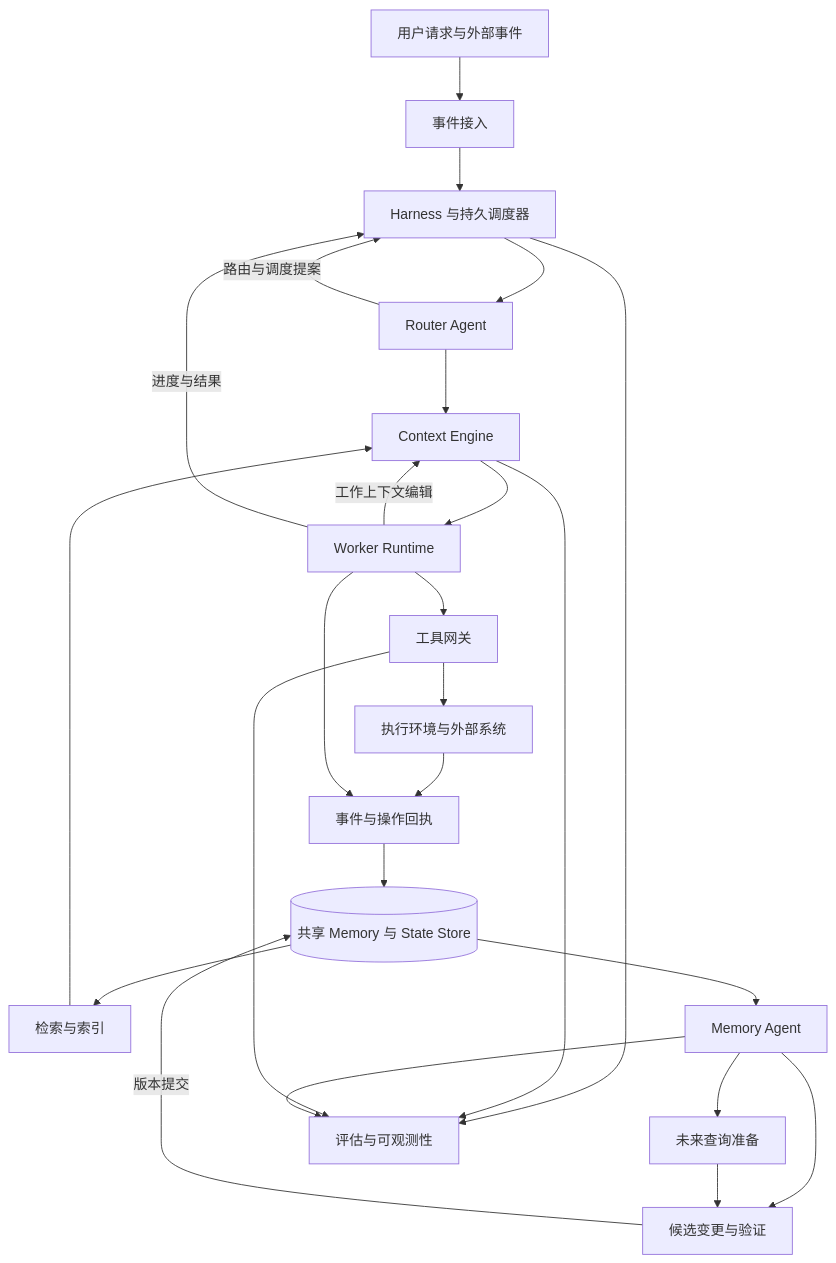
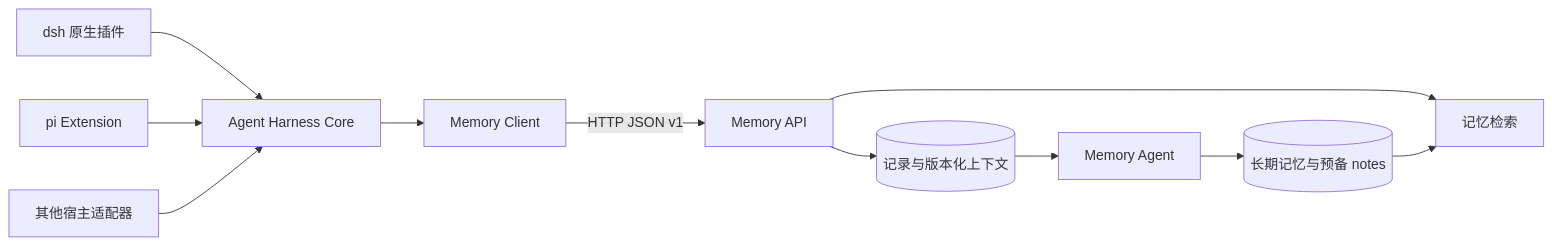
Before and after one commit to langsfang/ga: the diagram in docs/architecture.md, drawn with Mermaid. The commit also changed other lines of this file and 4 other files, not shown here.

````diff
--- a/docs/architecture.md
+++ b/docs/architecture.md
@@ -66,27 +19,13 @@
 ```mermaid
-flowchart TB
-    In[用户请求与外部事件] --> Intake[事件接入]
-    Intake --> H[Harness 与持久调度器]
-    H --> R[Router Agent]
-    R --> C[Context Engine]
-    C --> W[Worker Runtime]
-    W --> G[工具网关]
-    G --> X[执行环境与外部系统]
-    X --> E[事件与操作回执]
-    W --> E
-    E --> S[(共享 Memory 与 State Store)]
-    S --> Q[检索与索引]
-    Q --> C
-    W -->|工作上下文编辑| C
-    R -->|路由与调度提案| H
-    W -->|进度与结果| H
-    S --> D[Memory Agent]
-    D --> P[候选变更与验证]
-    P -->|版本提交| S
-    D --> N[未来查询准备]
-    N --> P
-    H --> O[评估与可观测性]
-    C --> O
-    G --> O
-    D --> O
+flowchart LR
+    D[dsh 原生插件] --> H[Agent Harness Core]
+    P[pi Extension] --> H
+    O[其他宿主适配器] --> H
+    H --> C[Memory Client]
+    C -->|HTTP JSON v1| A[Memory API]
+    A --> S[(记录与版本化上下文)]
+    A --> R[记忆检索]
+    S --> M[Memory Agent]
+    M --> N[(长期记忆与预备 notes)]
+    N --> R
 ```
````
